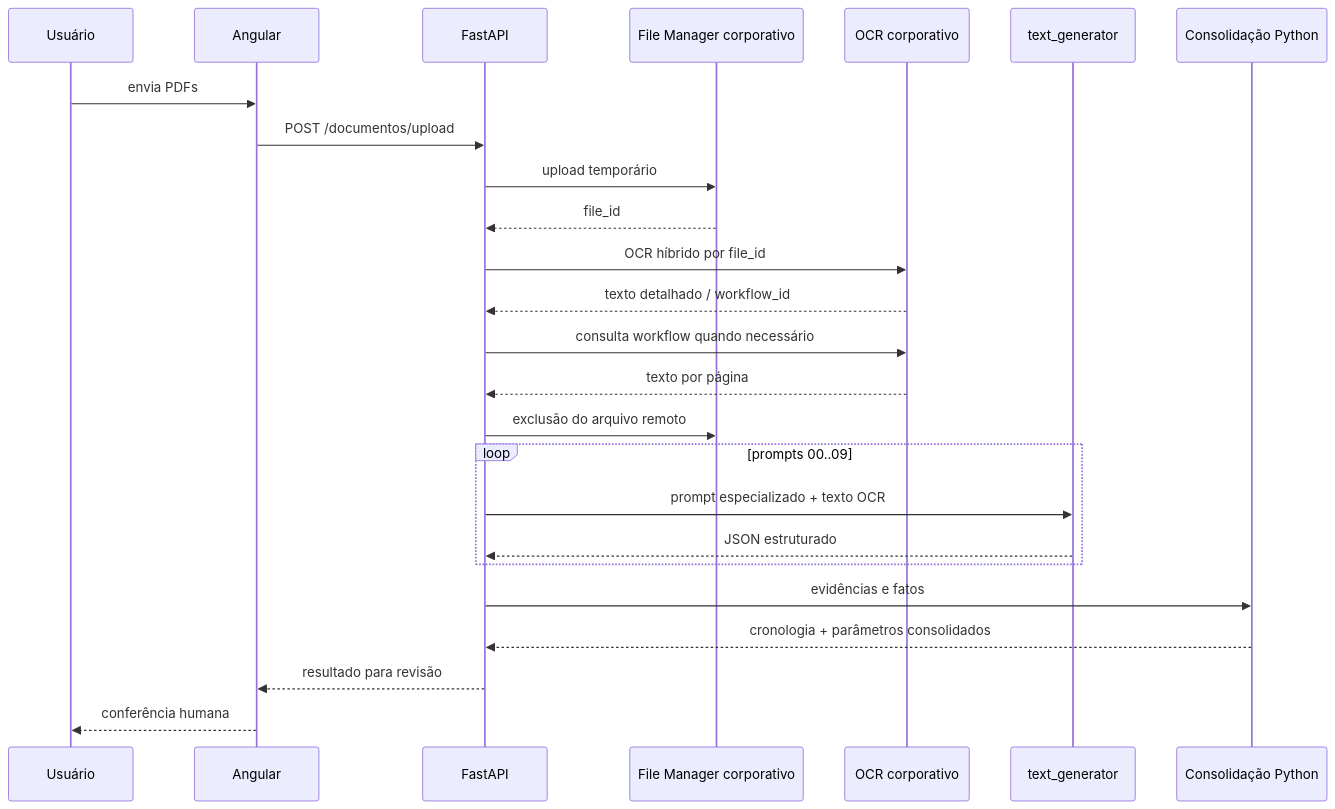
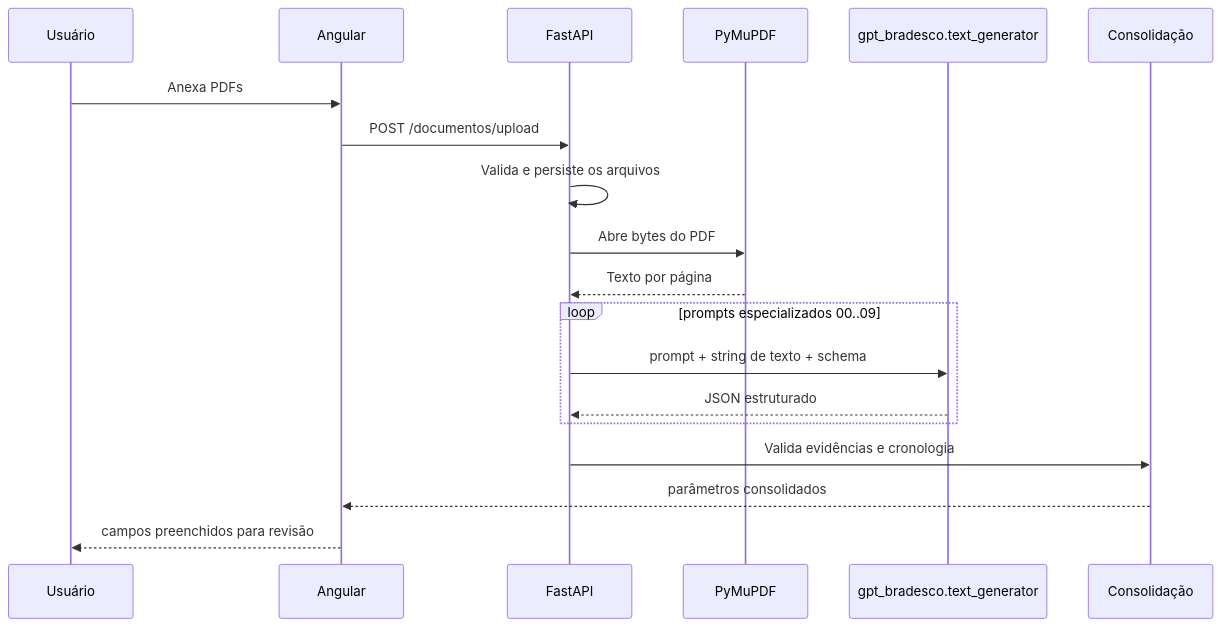
The diagram in docs/FLUXO_EXTRACAO_VISUAL.md (asainc/auditoria_pagamento), drawn with Mermaid before and after one commit. The commit also changed other lines of this file and 15 other files, not shown here.

````diff
--- a/docs/FLUXO_EXTRACAO_VISUAL.md
+++ b/docs/FLUXO_EXTRACAO_VISUAL.md
@@ -3,28 +3,22 @@
 ```mermaid
 sequenceDiagram
     participant U as Usuário
     participant A as Angular
     participant B as FastAPI
-    participant F as File Manager corporativo
-    participant O as OCR corporativo
-    participant T as text_generator
-    participant C as Consolidação Python
+    participant P as PyMuPDF
+    participant T as gpt_bradesco.text_generator
+    participant C as Consolidação
 
-    U->>A: envia PDFs
+    U->>A: Anexa PDFs
     A->>B: POST /documentos/upload
-    B->>F: upload temporário
-    F-->>B: file_id
-    B->>O: OCR híbrido por file_id
-    O-->>B: texto detalhado / workflow_id
-    B->>O: consulta workflow quando necessário
-    O-->>B: texto por página
-    B->>F: exclusão do arquivo remoto
-    loop prompts 00..09
-        B->>T: prompt especializado + texto OCR
+    B->>B: Valida e persiste os arquivos
+    B->>P: Abre bytes do PDF
+    P-->>B: Texto por página
+    loop prompts especializados 00..09
+        B->>T: prompt + string de texto + schema
         T-->>B: JSON estruturado
     end
-    B->>C: evidências e fatos
-    C-->>B: cronologia + parâmetros consolidados
-    B-->>A: resultado para revisão
-    A-->>U: conferência humana
+    B->>C: Valida evidências e cronologia
+    C-->>A: parâmetros consolidados
+    A-->>U: campos preenchidos para revisão
 ```
````
